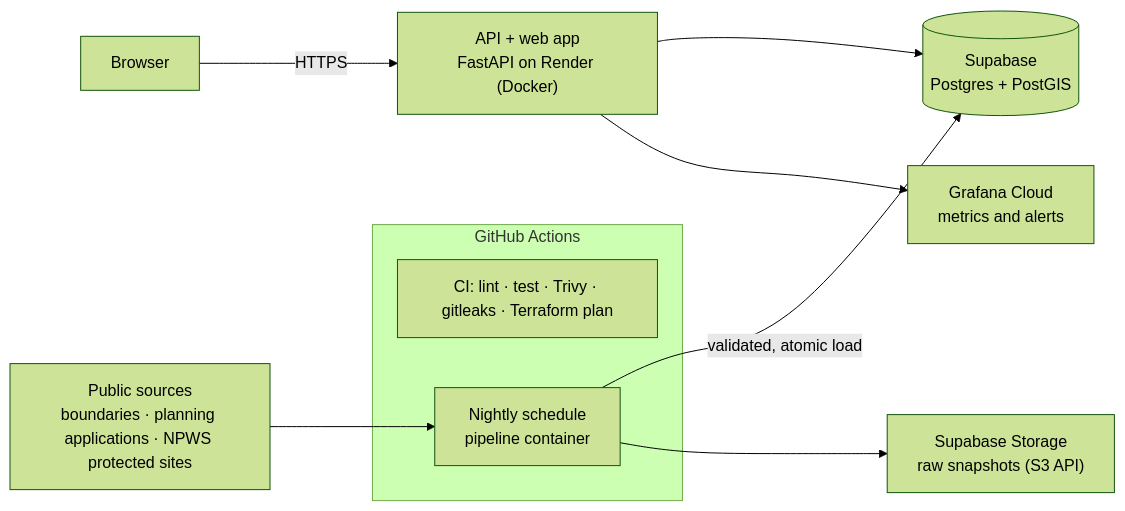
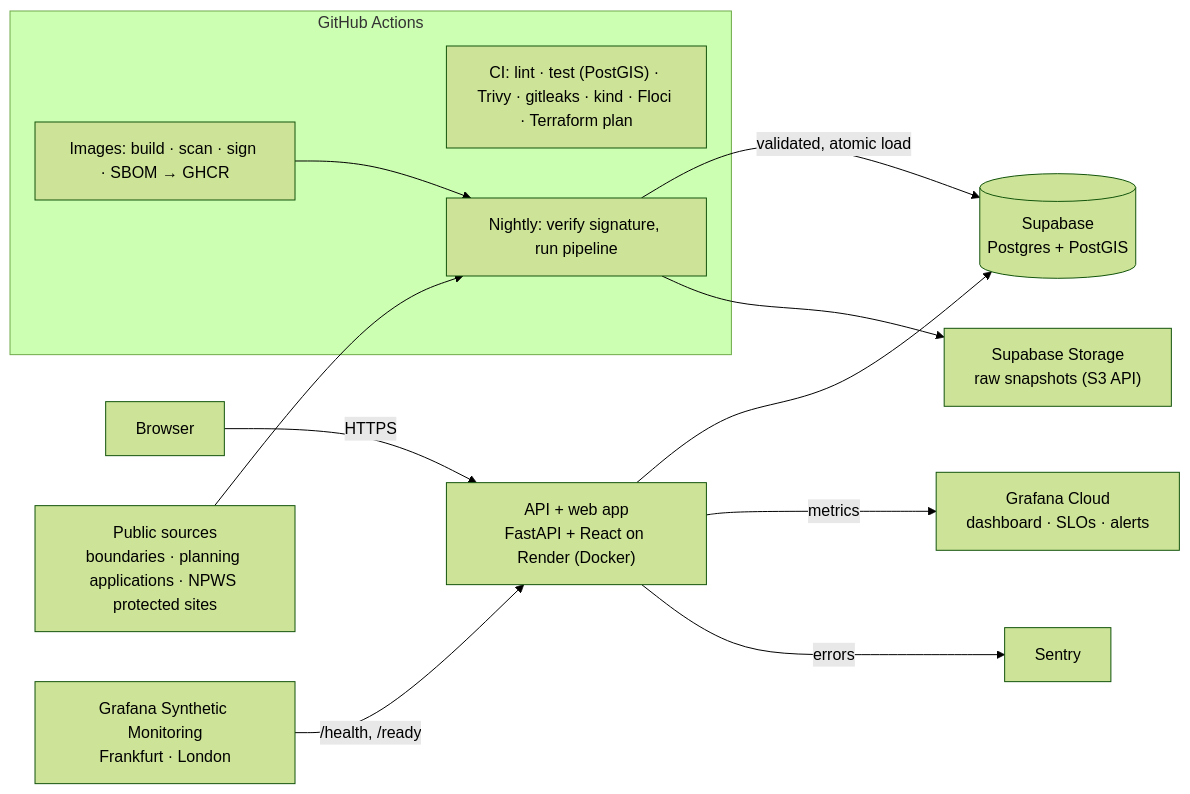
One commit to Neel09apr/DwellWise changed the diagram in README.md. Above: the diagram before and after it, drawn with Mermaid (forest theme). The commit also changed other lines of this file and 3 other files, not shown here.

````diff
--- a/README.md
+++ b/README.md
@@ -20,15 +62,19 @@
 ```mermaid
 flowchart LR
-  user["Browser"] -->|HTTPS| app["API + web app<br/>FastAPI on Render (Docker)"]
+  user["Browser"] -->|HTTPS| app["API + web app<br/>FastAPI + React on Render (Docker)"]
   app --> db[("Supabase<br/>Postgres + PostGIS")]
 
   subgraph gha["GitHub Actions"]
-    ci["CI: lint · test · Trivy · gitleaks · Terraform plan"]
-    nightly["Nightly schedule<br/>pipeline container"]
+    ci["CI: lint · test (PostGIS) · Trivy · gitleaks · kind · Floci · Terraform plan"]
+    images["Images: build · scan · sign · SBOM → GHCR"]
+    nightly["Nightly: verify signature, run pipeline"]
   end
 
   sources["Public sources<br/>boundaries · planning applications · NPWS protected sites"] --> nightly
+  images --> nightly
   nightly -->|"validated, atomic load"| db
   nightly --> raw["Supabase Storage<br/>raw snapshots (S3 API)"]
-  app --> obs["Grafana Cloud<br/>metrics and alerts"]
+  probes["Grafana Synthetic Monitoring<br/>Frankfurt · London"] -->|"/health, /ready"| app
+  app -->|metrics| grafana["Grafana Cloud<br/>dashboard · SLOs · alerts"]
+  app -->|errors| sentry["Sentry"]
 ```
````
